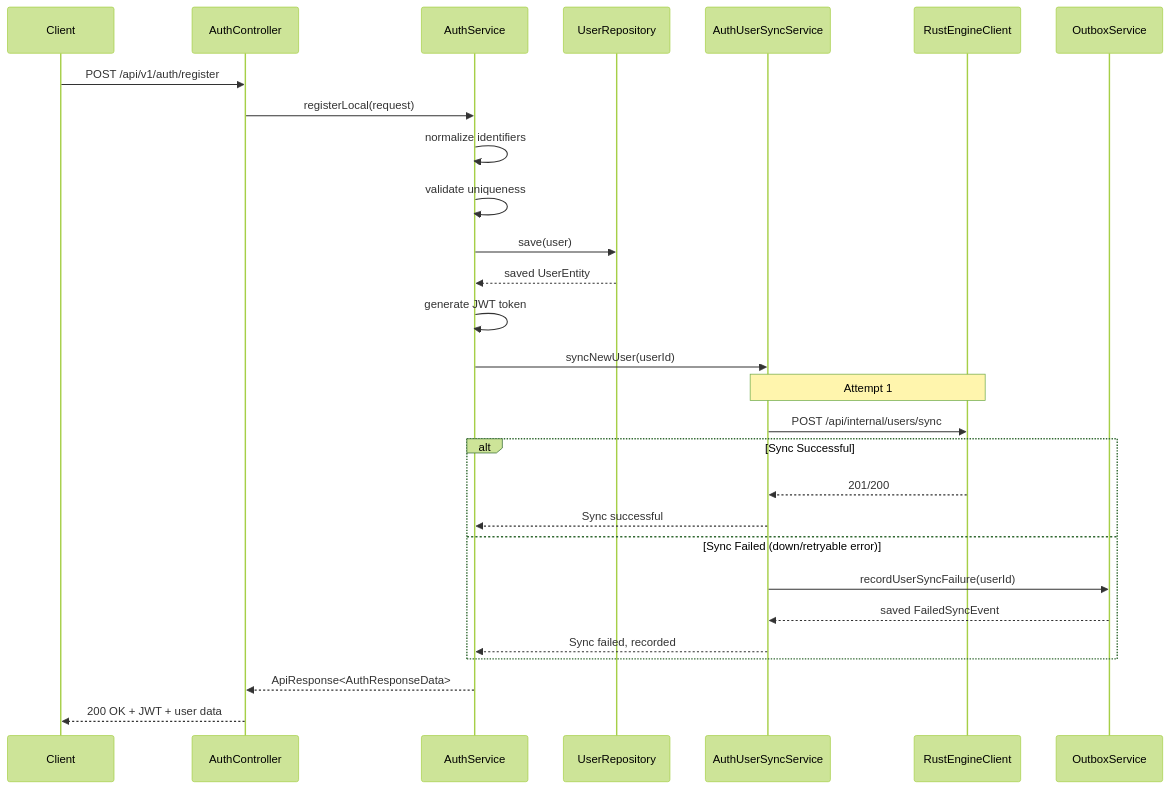
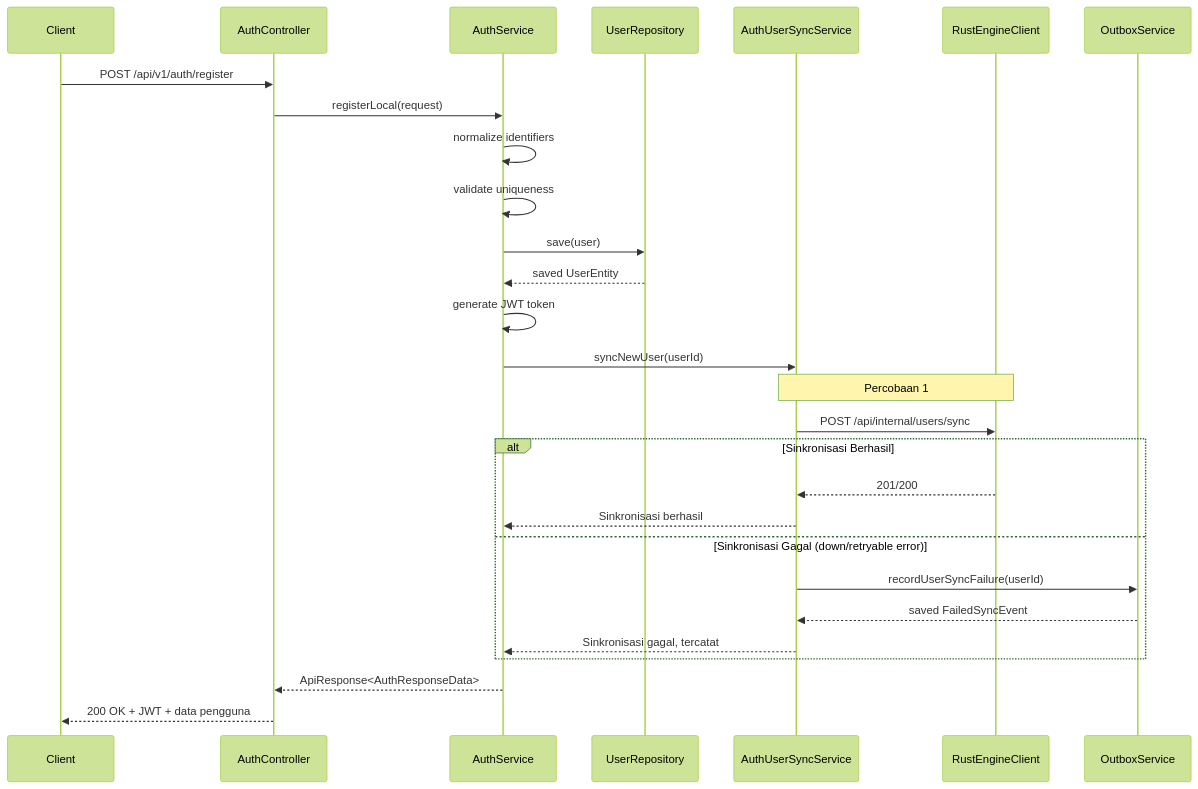
Before and after one commit to advprog-2026-A14-project/yomu-docs: the first of 2 diagrams in content/docs/backend-java/auth.mdx, drawn with Mermaid (forest theme). The commit also changed other lines of this file and 30 other files, not shown here.

````diff
--- a/content/docs/backend-java/auth.mdx
+++ b/content/docs/backend-java/auth.mdx
@@ -55,36 +55,36 @@
 ```mermaid
 sequenceDiagram
     participant Client
     participant AuthController
     participant AuthService
     participant UR as UserRepository
     participant AES as AuthUserSyncService
     participant RS as RustEngineClient
     participant OS as OutboxService
 
     Client->>AuthController: POST /api/v1/auth/register
     AuthController->>AuthService: registerLocal(request)
     
     AuthService->>AuthService: normalize identifiers
     AuthService->>AuthService: validate uniqueness
     
     AuthService->>UR: save(user)
     UR-->>AuthService: saved UserEntity
     
     AuthService->>AuthService: generate JWT token
     AuthService->>AES: syncNewUser(userId)
     
-    Note over AES,RS: Attempt 1
+    Note over AES,RS: Percobaan 1
     AES->>RS: POST /api/internal/users/sync
-    alt Sync Successful
+    alt Sinkronisasi Berhasil
         RS-->>AES: 201/200
-        AES-->>AuthService: Sync successful
-    else Sync Failed (down/retryable error)
+        AES-->>AuthService: Sinkronisasi berhasil
+    else Sinkronisasi Gagal (down/retryable error)
         AES->>OS: recordUserSyncFailure(userId)
         OS-->>AES: saved FailedSyncEvent
-        AES-->>AuthService: Sync failed, recorded
+        AES-->>AuthService: Sinkronisasi gagal, tercatat
     end
     
     AuthService-->>AuthController: ApiResponse<AuthResponseData>
-    AuthController-->>Client: 200 OK + JWT + user data
+    AuthController-->>Client: 200 OK + JWT + data pengguna
 ```
````
